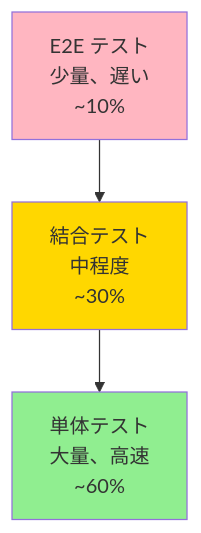
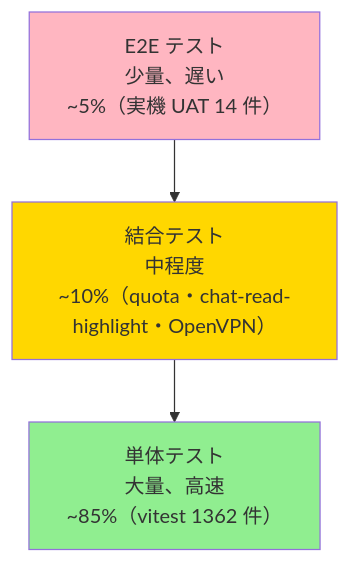
Before and after one commit to superlambkin/ClaudianBridge: the diagram in 04_テスト文書/00_テスト戦略.md, drawn with Mermaid. The commit also changed other lines of this file and 28 other files, not shown here.

````diff
--- a/04_テスト文書/00_テスト戦略.md
+++ b/04_テスト文書/00_テスト戦略.md
@@ -35,12 +37,12 @@
 ```mermaid
 graph TB
-    E2E["E2E テスト<br/>少量、遅い<br/>~10%"]
-    INT["結合テスト<br/>中程度<br/>~30%"]
-    UNIT["単体テスト<br/>大量、高速<br/>~60%"]
+    E2E["E2E テスト<br/>少量、遅い<br/>~5%（実機 UAT 14 件）"]
+    INT["結合テスト<br/>中程度<br/>~10%（quota・chat-read-highlight・OpenVPN）"]
+    UNIT["単体テスト<br/>大量、高速<br/>~85%（vitest 1362 件）"]
     
     E2E --> INT --> UNIT
     
     style E2E fill:#FFB6C1
     style INT fill:#FFD700
     style UNIT fill:#90EE90
 ```
````
